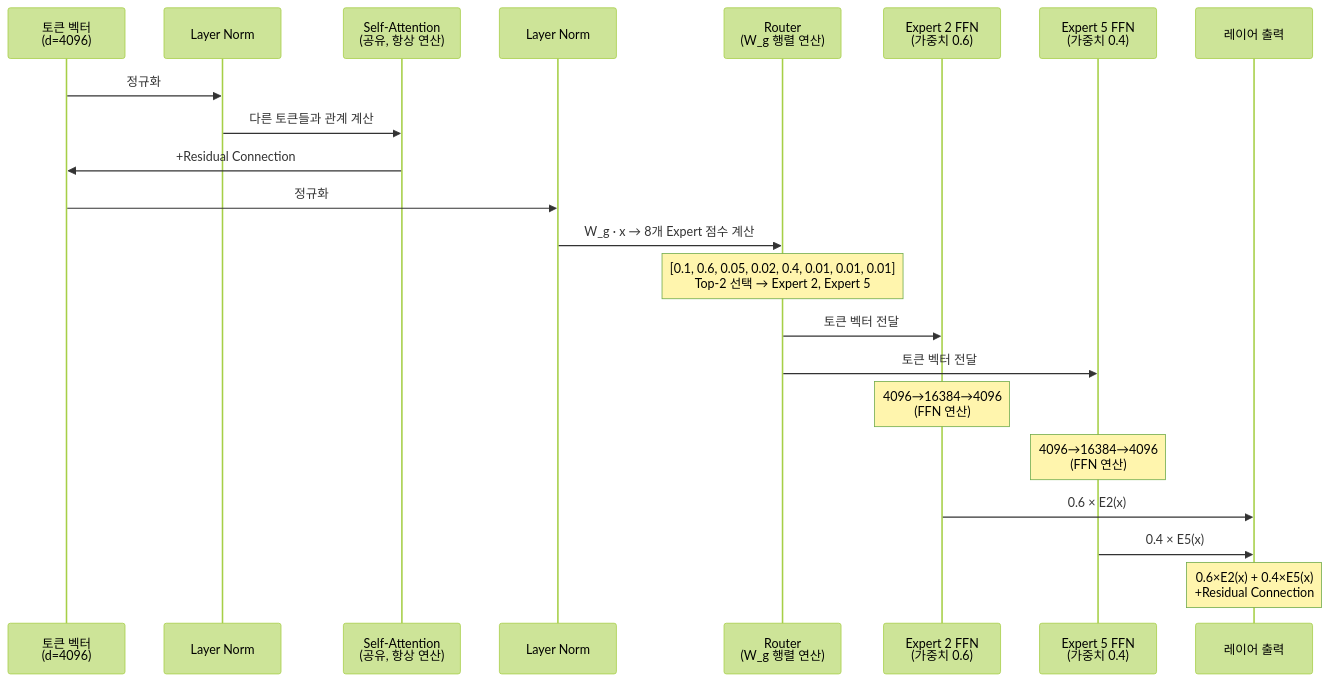
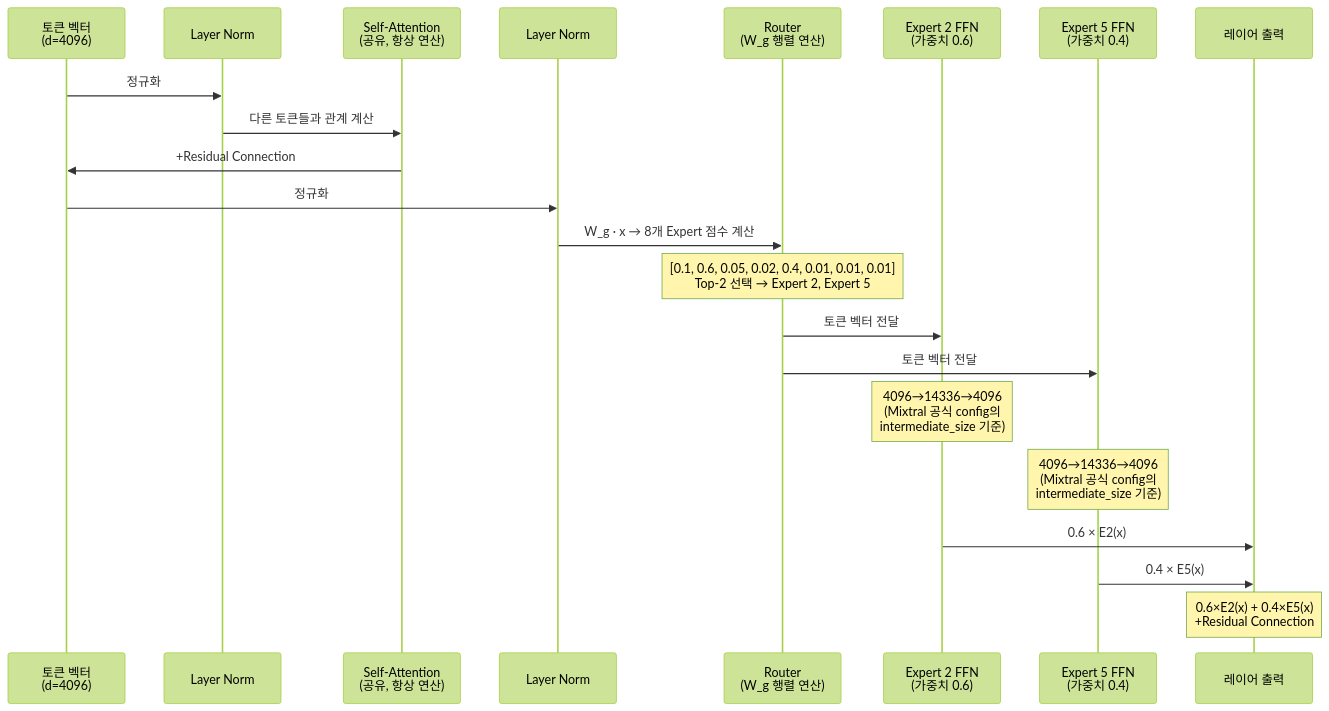
One commit to sskim91/TIL changed the fourth of 7 diagrams in ai/LLM의-Mixture-of-Experts-적은-연산으로-거대한-모델을-돌리는-비결.md. Above: the diagram before and after it, drawn with Mermaid (forest theme). The commit also changed other lines of this file and 36 other files, not shown here.

````diff
--- a/ai/LLM의-Mixture-of-Experts-적은-연산으로-거대한-모델을-돌리는-비결.md
+++ b/ai/LLM의-Mixture-of-Experts-적은-연산으로-거대한-모델을-돌리는-비결.md
@@ -156,25 +156,25 @@
 ```mermaid
 sequenceDiagram
     participant T as 토큰 벡터<br>(d=4096)
     participant LN1 as Layer Norm
     participant Attn as Self-Attention<br>(공유, 항상 연산)
     participant LN2 as Layer Norm
     participant R as Router<br>(W_g 행렬 연산)
     participant E2 as Expert 2 FFN<br>(가중치 0.6)
     participant E5 as Expert 5 FFN<br>(가중치 0.4)
     participant Out as 레이어 출력
 
     T->>LN1: 정규화
     LN1->>Attn: 다른 토큰들과 관계 계산
     Attn->>T: +Residual Connection
     T->>LN2: 정규화
     LN2->>R: W_g · x → 8개 Expert 점수 계산
     Note over R: [0.1, 0.6, 0.05, 0.02, 0.4, 0.01, 0.01, 0.01]<br>Top-2 선택 → Expert 2, Expert 5
     R->>E2: 토큰 벡터 전달
     R->>E5: 토큰 벡터 전달
-    Note over E2: 4096→16384→4096<br>(FFN 연산)
-    Note over E5: 4096→16384→4096<br>(FFN 연산)
+    Note over E2: 4096→14336→4096<br>(Mixtral 공식 config의<br>intermediate_size 기준)
+    Note over E5: 4096→14336→4096<br>(Mixtral 공식 config의<br>intermediate_size 기준)
     E2->>Out: 0.6 × E2(x)
     E5->>Out: 0.4 × E5(x)
     Note over Out: 0.6×E2(x) + 0.4×E5(x)<br>+Residual Connection
 ```
````
